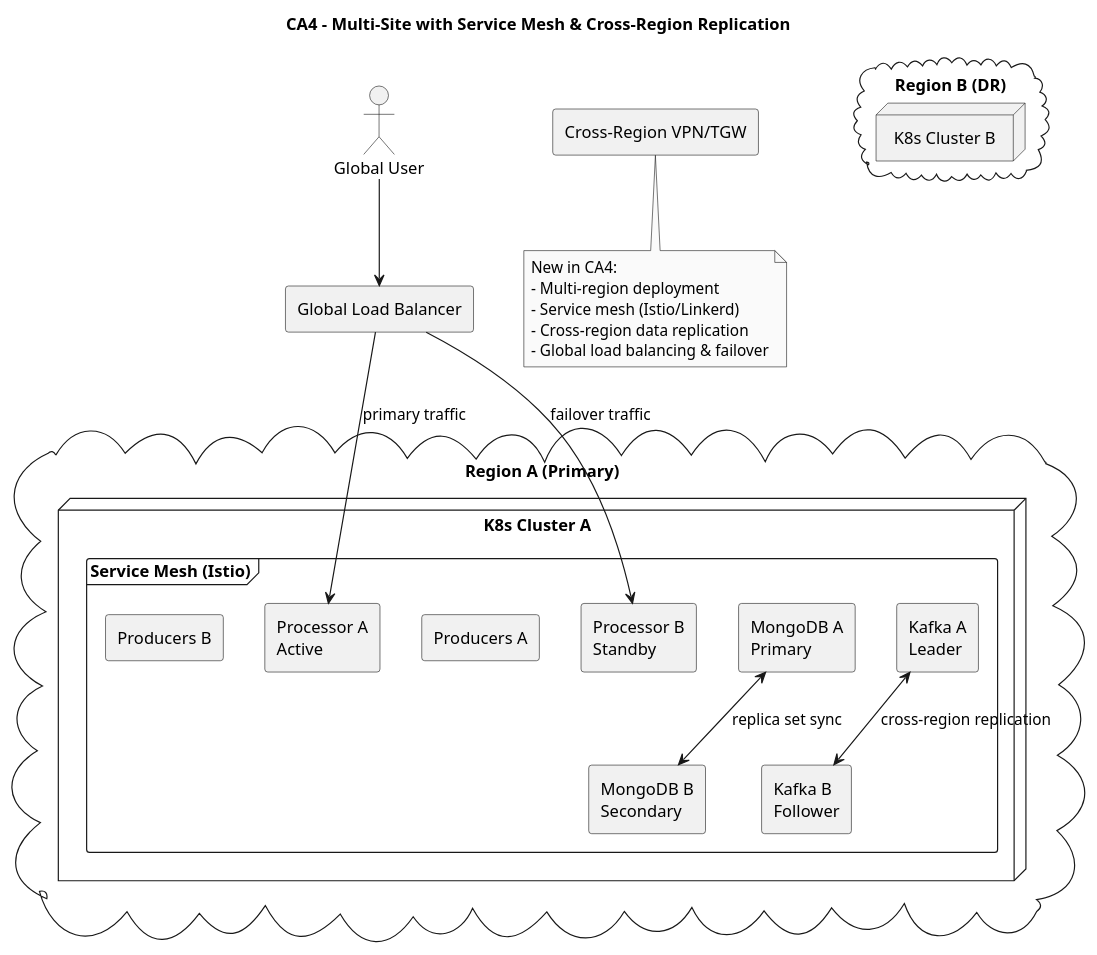
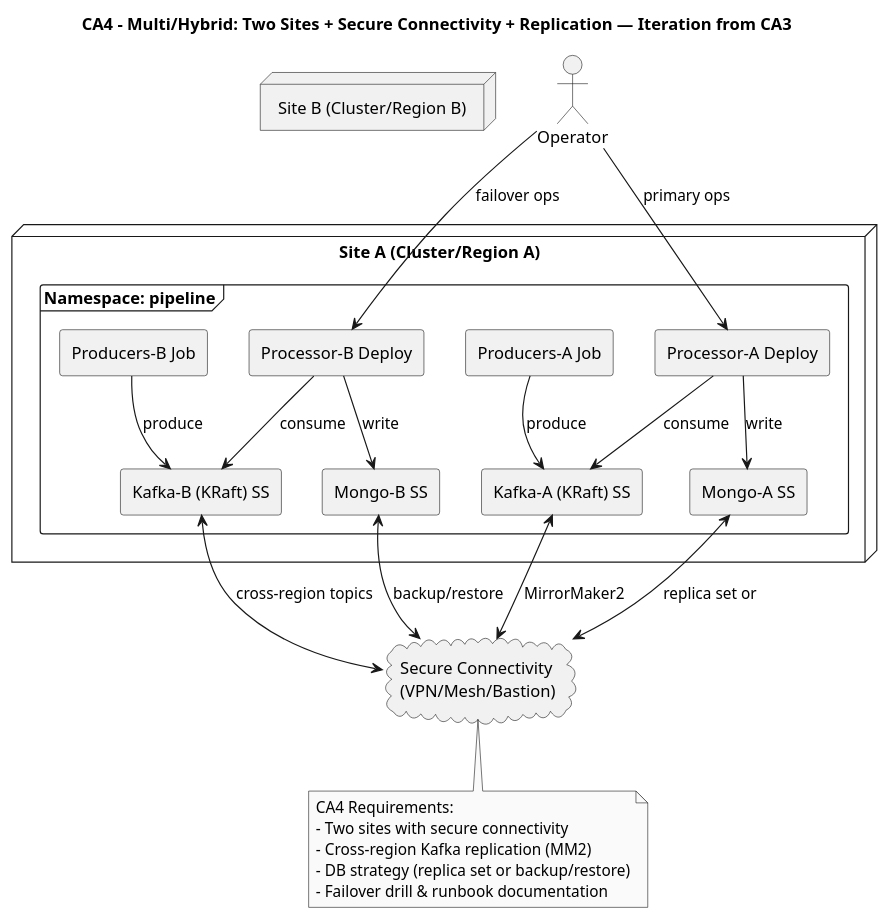
Before and after one commit to brobro10000/gpu-token-analytics-pipeline: the diagram in CA4/architecture.md, drawn with PlantUML. The commit also changed other lines of this file and 7 other files, not shown here.

Commit message:
Update CA1-CA4 architecture diagrams and conversation summaries per CS5287 requirements

````diff
--- a/CA4/architecture.md
+++ b/CA4/architecture.md
@@ -7,52 +7,53 @@
 ```plantuml
 @startuml
-title CA4 - Multi-Site with Service Mesh & Cross-Region Replication
+title CA4 - Multi/Hybrid: Two Sites + Secure Connectivity + Replication — Iteration from CA3
 
 skinparam shadowing false
 skinparam monochrome true
 skinparam componentStyle rectangle
 
-actor "Global User" as User
+actor "Operator" as Op
 
-cloud "Region A (Primary)" {
-  node "K8s Cluster A" {
-    frame "Service Mesh (Istio)" {
-      component "Kafka A\nLeader" as KafkaA
-      component "MongoDB A\nPrimary" as MongoA
-      component "Processor A\nActive" as ProcA
-      component "Producers A" as ProdA
-    }
+node "Site A (Cluster/Region A)" {
+  frame "Namespace: pipeline" {
+    component "Kafka-A (KRaft) SS" as KafkaA
+    component "Mongo-A SS" as MongoA
+    component "Processor-A Deploy" as ProcA
+    component "Producers-A Job" as ProdA
   }
 }
 
-cloud "Region B (DR)" {
-  node "K8s Cluster B" {
-    frame "Service Mesh (Istio)" {
-      component "Kafka B\nFollower" as KafkaB
-      component "MongoDB B\nSecondary" as MongoB
-      component "Processor B\nStandby" as ProcB
-      component "Producers B" as ProdB
-    }
+node "Site B (Cluster/Region B)" {
+  frame "Namespace: pipeline" {
+    component "Kafka-B (KRaft) SS" as KafkaB
+    component "Mongo-B SS" as MongoB
+    component "Processor-B Deploy" as ProcB
+    component "Producers-B Job" as ProdB
   }
 }
 
-component "Global Load Balancer" as GLB
-component "Cross-Region VPN/TGW" as VPN
+cloud "Secure Connectivity\n(VPN/Mesh/Bastion)" as Conn
+KafkaA <--> Conn : MirrorMaker2
+Conn <--> KafkaB : cross-region topics
+MongoA <--> Conn : replica set or
+Conn <--> MongoB : backup/restore
 
-User --> GLB
-GLB --> ProcA : primary traffic
-GLB --> ProcB : failover traffic
-
-KafkaA <--> KafkaB : cross-region replication
-MongoA <--> MongoB : replica set sync
+Op --> ProcA : primary ops
+Op --> ProcB : failover ops
+ProdA --> KafkaA : produce
+ProcA --> KafkaA : consume
+ProcA --> MongoA : write
+ProdB --> KafkaB : produce
+ProcB --> KafkaB : consume
+ProcB --> MongoB : write
 
 note bottom
-New in CA4:
-- Multi-region deployment
-- Service mesh (Istio/Linkerd)
-- Cross-region data replication
-- Global load balancing & failover
+CA4 Requirements:
+- Two sites with secure connectivity
+- Cross-region Kafka replication (MM2)
+- DB strategy (replica set or backup/restore)
+- Failover drill & runbook documentation
 end note
 
 @enduml
 ```
````
